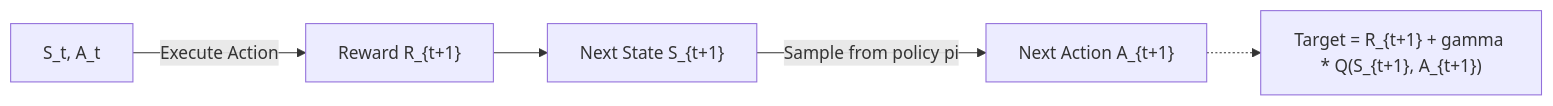
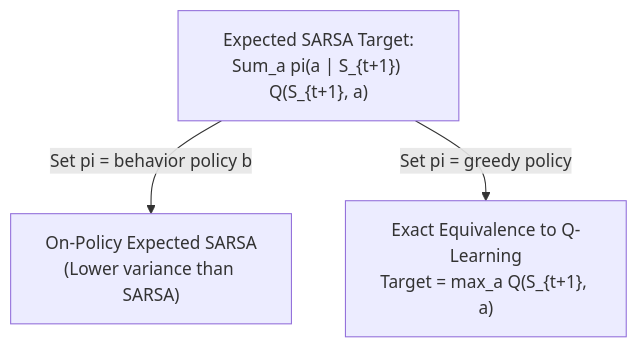
The second of 2 diagrams in aps1080/Lecture04_Study_Notes.md (jackyckp/mystudynotes), drawn with Mermaid before and after one commit. The commit also changed other lines of this file and 7 other files, not shown here.

````diff
--- a/aps1080/Lecture04_Study_Notes.md
+++ b/aps1080/Lecture04_Study_Notes.md
@@ -93,7 +153,6 @@
 ```mermaid
-flowchart LR
-    S["S_t, A_t"] -- "Execute Action" --> R["Reward R_{t+1}"]
-    R --> Sprime["Next State S_{t+1}"]
-    Sprime -- "Sample from policy pi" --> Aprime["Next Action A_{t+1}"]
-    Aprime -.-> Target["Target = R_{t+1} + gamma * Q(S_{t+1}, A_{t+1})"]
+flowchart TD
+    ES["Expected SARSA Target:\nSum_a pi(a | S_{t+1}) Q(S_{t+1}, a)"]
+    ES -- "Set pi = behavior policy b" --> OnPolicy["On-Policy Expected SARSA\n(Lower variance than SARSA)"]
+    ES -- "Set pi = greedy policy" --> Equiv["Exact Equivalence to Q-Learning\nTarget = max_a Q(S_{t+1}, a)"]
 ```
````
